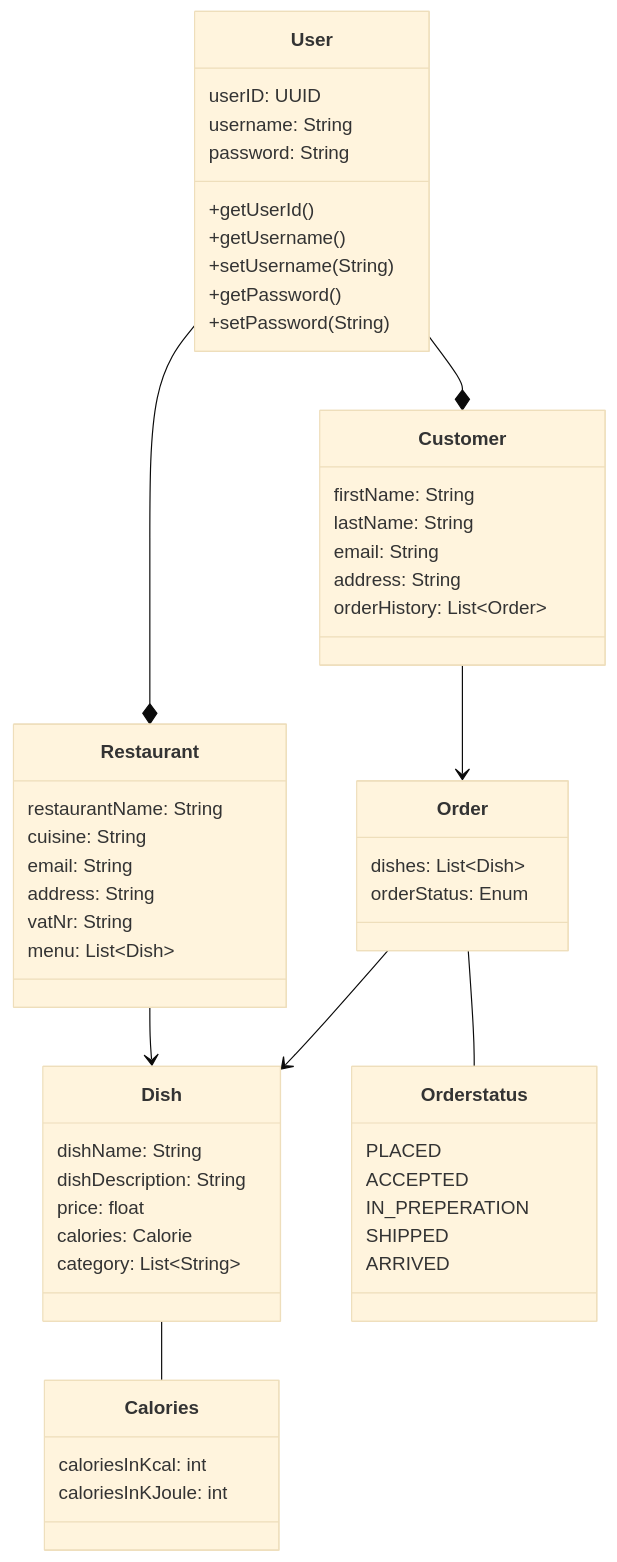
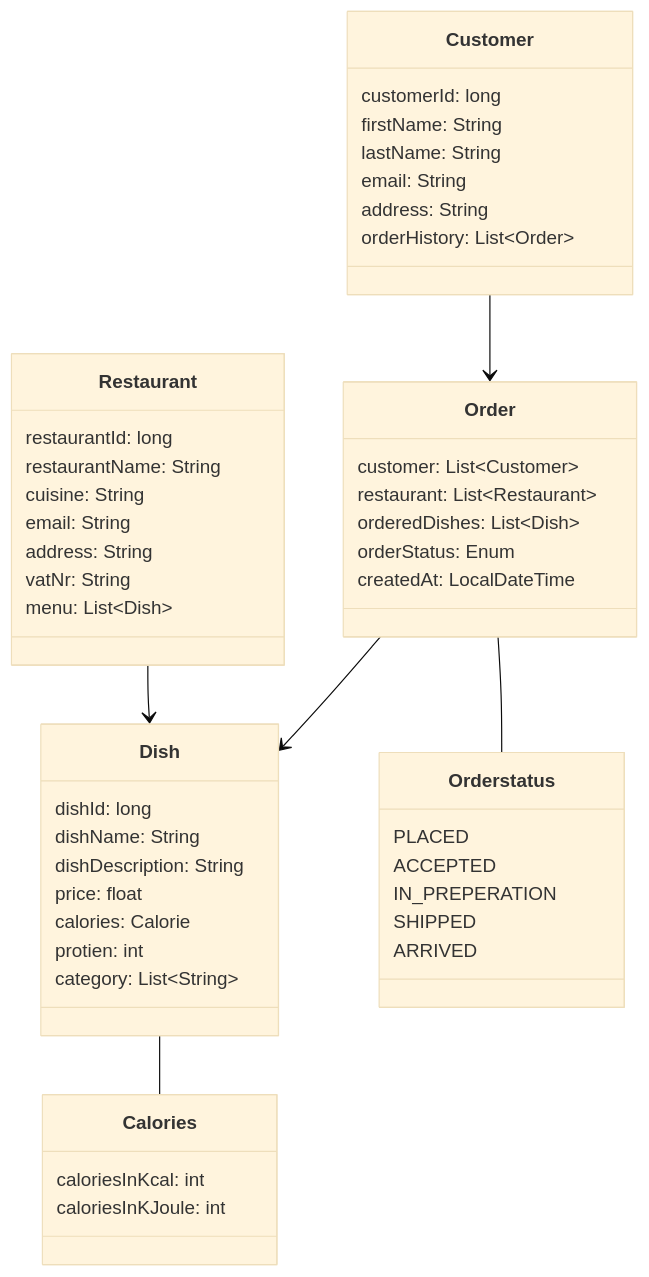
One commit to tobiasmair/Snack_Track changed the diagram in diagrams/classDiagram.mmd. Above: the diagram before and after it, drawn with Mermaid (base theme). The commit also changed 8 other files, not shown here.

```diff
--- a/diagrams/classDiagram.mmd
+++ b/diagrams/classDiagram.mmd
@@ -1,61 +1,57 @@
 classDiagram
-    class User {
-        userID: UUID
-        username: String
-        password: String
-        +getUserId()
-        +getUsername()
-        +setUsername(String)
-        +getPassword()
-        +setPassword(String)
-    }
     class Customer {
+        customerId: long
         firstName: String
         lastName: String
         email: String
         address: String
         orderHistory: List~Order~
     }
 
     class Restaurant {
+        restaurantId: long
         restaurantName: String
         cuisine: String
         email: String
         address: String
         vatNr: String
         menu: List~Dish~
     }
 
     class Order {
-        dishes: List~Dish~
+        customer: List~Customer~
+        restaurant: List~Restaurant~
+        orderedDishes: List~Dish~
         orderStatus: Enum
+        createdAt: LocalDateTime
     }
 
     class Dish {
+        dishId: long
         dishName: String
         dishDescription: String
         price: float
         calories: Calorie
+        protien: int
         category: List~String~
     }
 
     class Calories {
         caloriesInKcal: int
         caloriesInKJoule: int
     }
 
     class Orderstatus {
         PLACED
         ACCEPTED
         IN_PREPERATION
         SHIPPED
         ARRIVED
     }
 
-    User --* Customer
-    User --* Restaurant
+
     Customer --> Order
     Restaurant --> Dish
     Order --> Dish
     Order -- Orderstatus
     Dish -- Calories
```
